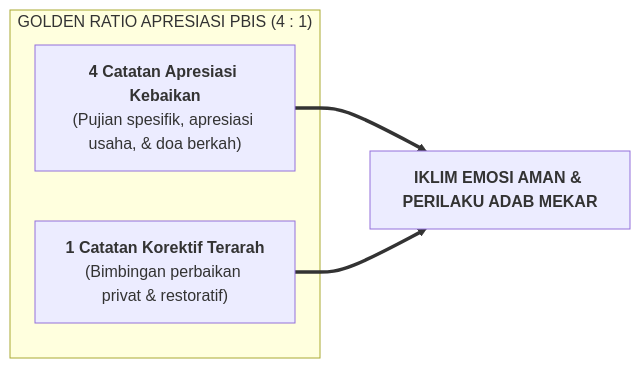
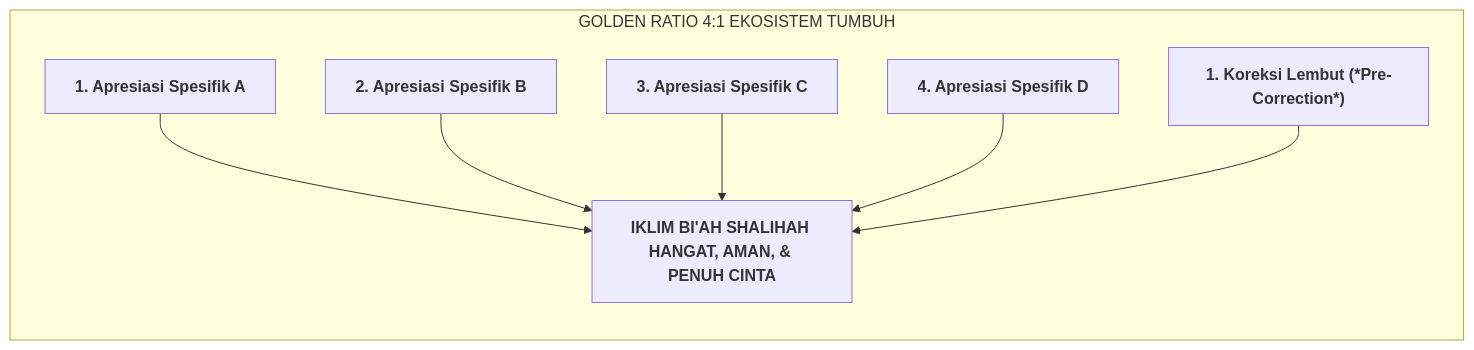
Before and after one commit to wandiapriliyandi/tumbuh: the diagram in BOOK Series 2/Volume-03-Sistem-Asesmen-Perkembangan-Karakter/Bab-02-Observasi-Alami-dan-Logbook-Digital/02-Golden-Ratio-Apresiasi-4-Banding-1.md, drawn with Mermaid. The commit also changed other lines of this file and 61 other files, not shown here.

````diff
--- a/BOOK Series 2/Volume-03-Sistem-Asesmen-Perkembangan-Karakter/Bab-02-Observasi-Alami-dan-Logbook-Digital/02-Golden-Ratio-Apresiasi-4-Banding-1.md
+++ b/BOOK Series 2/Volume-03-Sistem-Asesmen-Perkembangan-Karakter/Bab-02-Observasi-Alami-dan-Logbook-Digital/02-Golden-Ratio-Apresiasi-4-Banding-1.md
@@ -13,9 +13,13 @@
 ```mermaid
 flowchart LR
-    subgraph GoldenRatio["GOLDEN RATIO APRESIASI PBIS (4 : 1)"]
-        P1["<b>4 Catatan Apresiasi Kebaikan</b><br/>(Pujian spesifik, apresiasi usaha, & doa berkah)"]
-        T1["<b>1 Catatan Korektif Terarah</b><br/>(Bimbingan perbaikan privat & restoratif)"]
+    subgraph GoldenRatio["GOLDEN RATIO 4:1 EKOSISTEM TUMBUH"]
+        P1["<b>1. Apresiasi Spesifik A</b>"]
+        P2["<b>2. Apresiasi Spesifik B</b>"]
+        P3["<b>3. Apresiasi Spesifik C</b>"]
+        P4["<b>4. Apresiasi Spesifik D</b>"]
+        K1["<b>1. Koreksi Lembut (*Pre-Correction*)</b>"]
+        
+        P1 & P2 & P3 & P4 --> Keseimbangan["<b>IKLIM BI'AH SHALIHAH HANGAT, AMAN, & PENUH CINTA</b>"]
+        K1 --> Keseimbangan
     end
-
-    P1 & T1 ==> Hasil["<b>IKLIM EMOSI AMAN & PERILAKU ADAB MEKAR</b>"]
 ```
````
